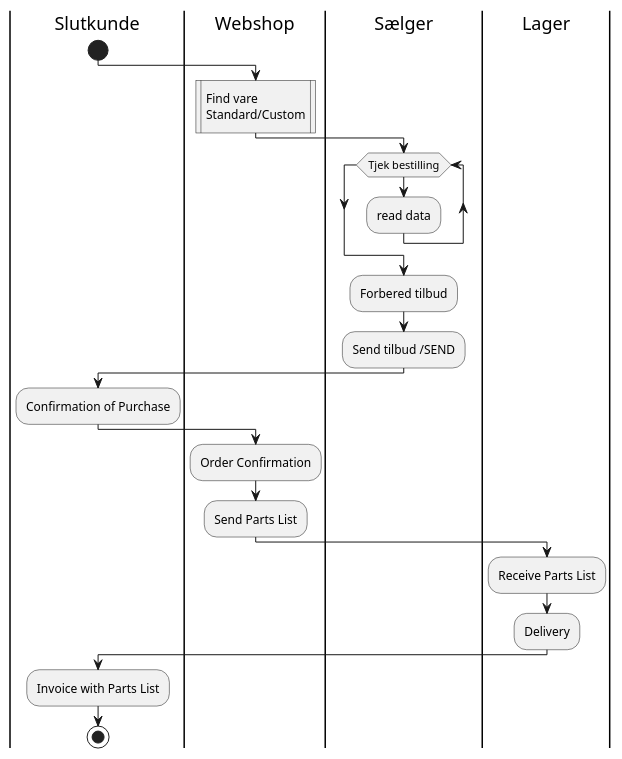
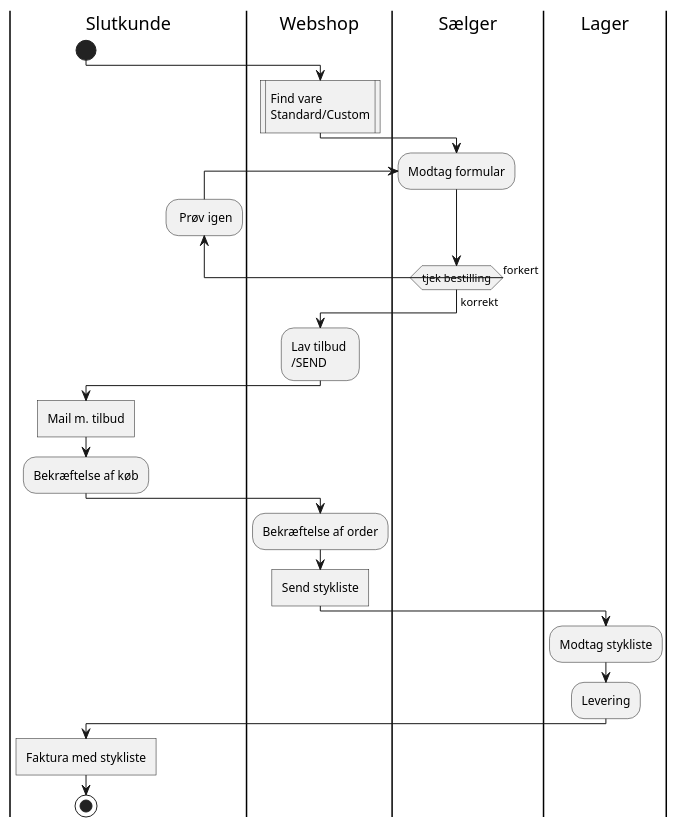
The diagram in docs/aktivitetsdiagram-tobe-v2.puml (mridrisisci/fog-projekt), drawn with PlantUML before and after one commit.

```diff
--- a/docs/aktivitetsdiagram-tobe-v2.puml
+++ b/docs/aktivitetsdiagram-tobe-v2.puml
@@ -1,32 +1,34 @@
 @startuml
 |Slutkunde|
 start
 |Webshop|
 :Find vare\nStandard/Custom|
 
+|Sælger|
+repeat :Modtag formular;
+|Slutkunde|
+backward: Prøv igen;
+|Sælger|
+repeat while (tjek bestilling) is (forkert)
+-> korrekt;
+
 |Webshop|
-
-|Sælger|
-
-while (Tjek bestilling)
-  :read data;
-endwhile
-
-:Forbered tilbud;
-:Send tilbud /SEND;
+:Lav tilbud \n/SEND;
+|Slutkunde|
+:Mail m. tilbud; <<task>>
 
 |Slutkunde|
-:Confirmation of Purchase;
+:Bekræftelse af køb;
 
 |Webshop|
-:Order Confirmation;
-:Send Parts List;
+:Bekræftelse af order;
+:Send stykliste; <<task>>
 
 |Lager|
-:Receive Parts List;
-:Delivery;
+:Modtag stykliste;
+:Levering;
 
 |Slutkunde|
-:Invoice with Parts List;
+:Faktura med stykliste; <<task>>
 stop
 @enduml
```
